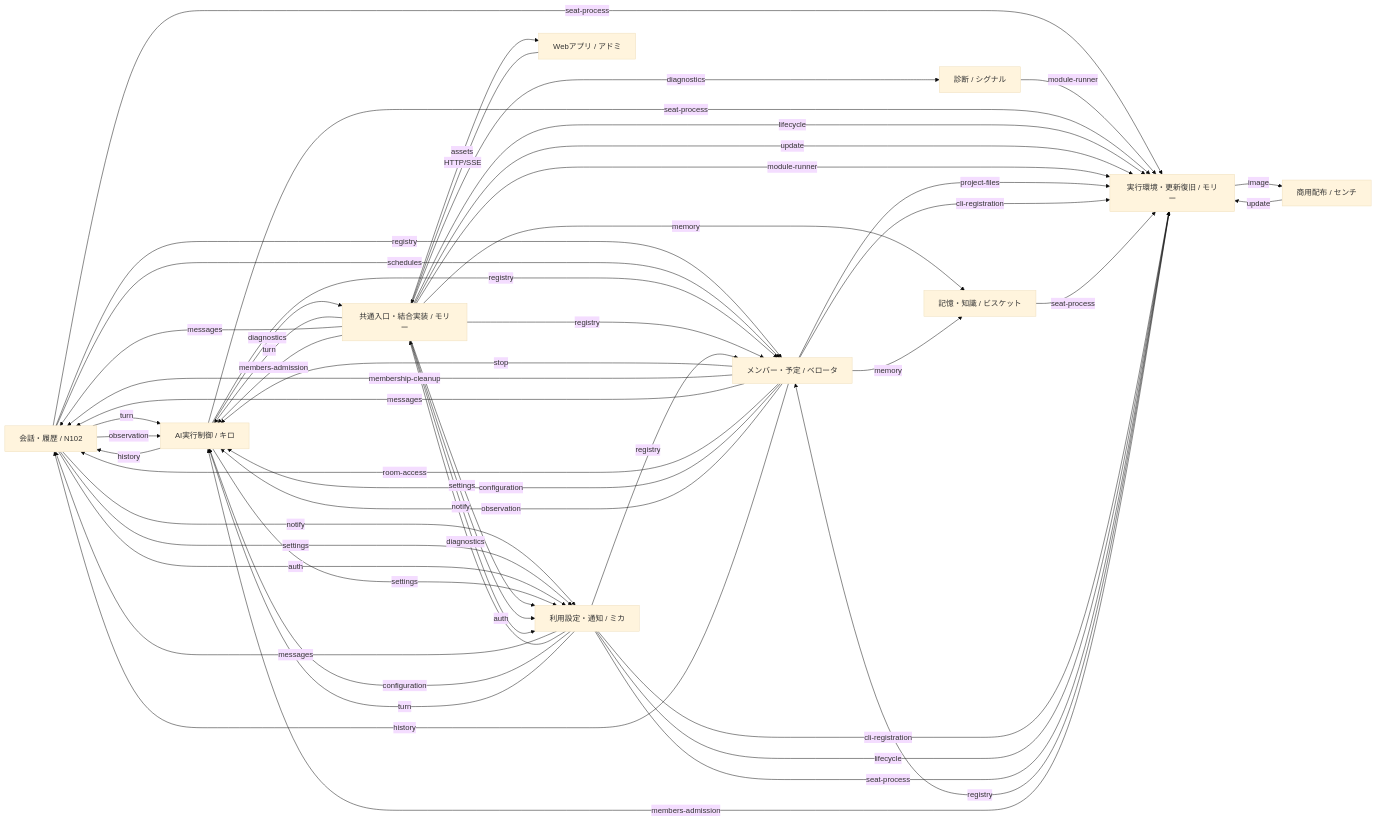
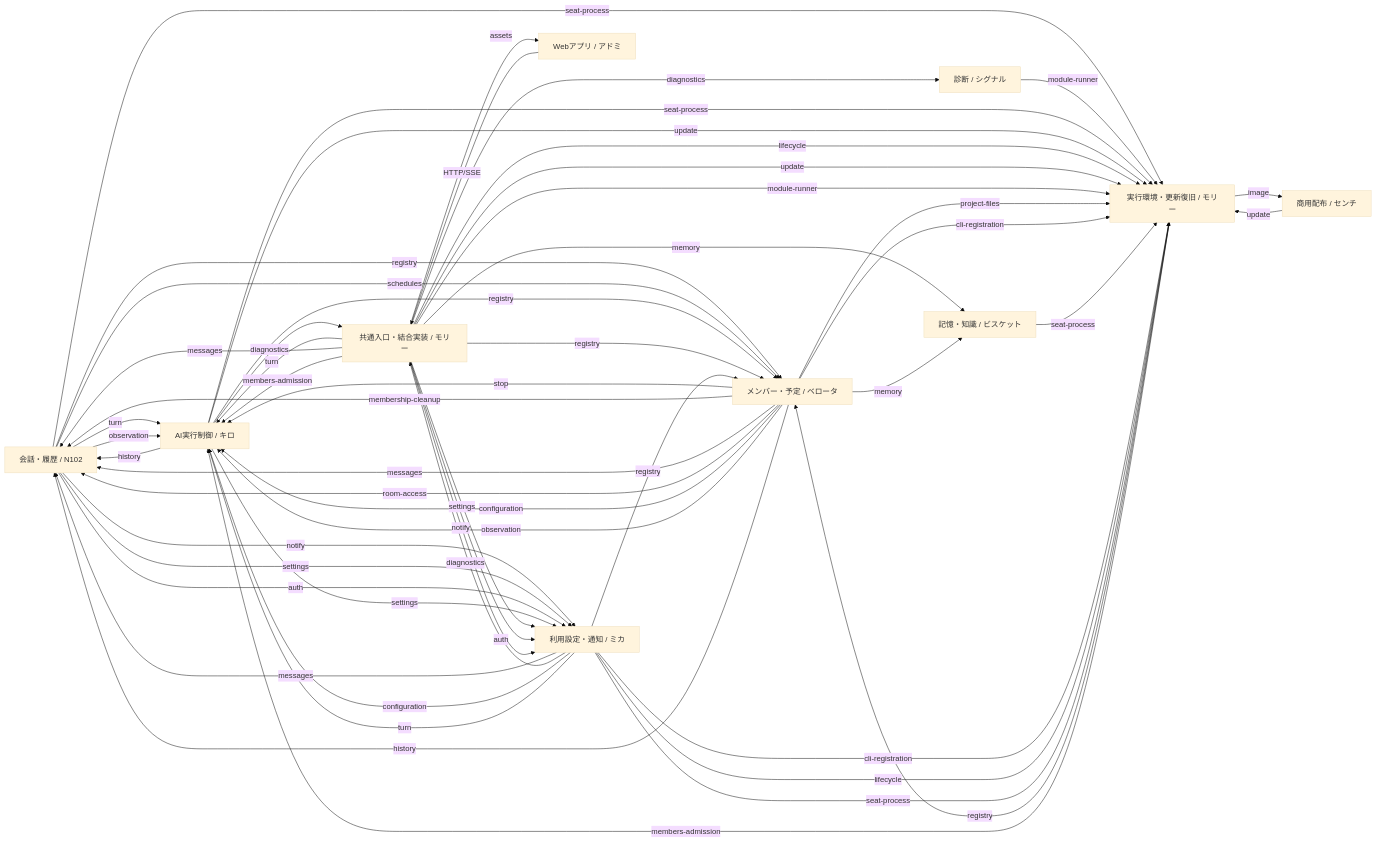
Before and after one commit to kitepon/BellTeam: the first of 2 diagrams in docs/architecture/feature-map.md, drawn with Mermaid (base theme). The commit also changed 6 other files, not shown here.

````diff
--- a/docs/architecture/feature-map.md
+++ b/docs/architecture/feature-map.md
@@ -11,64 +11,65 @@
 ```mermaid
 flowchart LR
   m_conversation["会話・履歴 / N102"]
   m_diagnostics["診断 / シグナル"]
   m_distribution["商用配布 / センチ"]
   m_execution["AI実行制御 / キロ"]
   m_integration["共通入口・結合実装 / モリー"]
   m_members["メンバー・予定 / ベロータ"]
   m_memory["記憶・知識 / ビスケット"]
   m_runtime["実行環境・更新復旧 / モリー"]
   m_usage["利用設定・通知 / ミカ"]
   m_web["Webアプリ / アドミ"]
   m_conversation -->|"turn"| m_execution
   m_conversation -->|"registry"| m_members
   m_conversation -->|"notify"| m_usage
   m_conversation -->|"schedules"| m_members
   m_conversation -->|"seat-process"| m_runtime
   m_conversation -->|"settings"| m_usage
   m_conversation -->|"auth"| m_usage
   m_conversation -->|"observation"| m_execution
   m_diagnostics -->|"module-runner"| m_runtime
   m_distribution -->|"update"| m_runtime
   m_execution -->|"diagnostics"| m_integration
   m_execution -->|"registry"| m_members
   m_execution -->|"seat-process"| m_runtime
+  m_execution -->|"update"| m_runtime
   m_execution -->|"history"| m_conversation
   m_execution -->|"settings"| m_usage
   m_integration -->|"turn"| m_execution
   m_integration -->|"messages"| m_conversation
   m_integration -->|"registry"| m_members
   m_integration -->|"settings"| m_usage
   m_integration -->|"memory"| m_memory
   m_integration -->|"lifecycle"| m_runtime
   m_integration -->|"assets"| m_web
   m_integration -->|"update"| m_runtime
   m_integration -->|"auth"| m_usage
   m_integration -->|"notify"| m_usage
   m_integration -->|"members-admission"| m_execution
   m_integration -->|"diagnostics"| m_diagnostics
   m_integration -->|"module-runner"| m_runtime
   m_members -->|"stop"| m_execution
   m_members -->|"project-files"| m_runtime
   m_members -->|"cli-registration"| m_runtime
   m_members -->|"membership-cleanup"| m_conversation
   m_members -->|"messages"| m_conversation
   m_members -->|"memory"| m_memory
   m_members -->|"room-access"| m_conversation
   m_members -->|"configuration"| m_execution
   m_members -->|"observation"| m_execution
   m_members -->|"history"| m_conversation
   m_memory -->|"seat-process"| m_runtime
   m_runtime -->|"registry"| m_members
   m_runtime -->|"image"| m_distribution
   m_runtime -->|"members-admission"| m_execution
   m_usage -->|"registry"| m_members
   m_usage -->|"messages"| m_conversation
   m_usage -->|"cli-registration"| m_runtime
   m_usage -->|"diagnostics"| m_integration
   m_usage -->|"configuration"| m_execution
   m_usage -->|"turn"| m_execution
   m_usage -->|"lifecycle"| m_runtime
   m_usage -->|"seat-process"| m_runtime
   m_web -->|"HTTP/SSE"| m_integration
 ```
````
